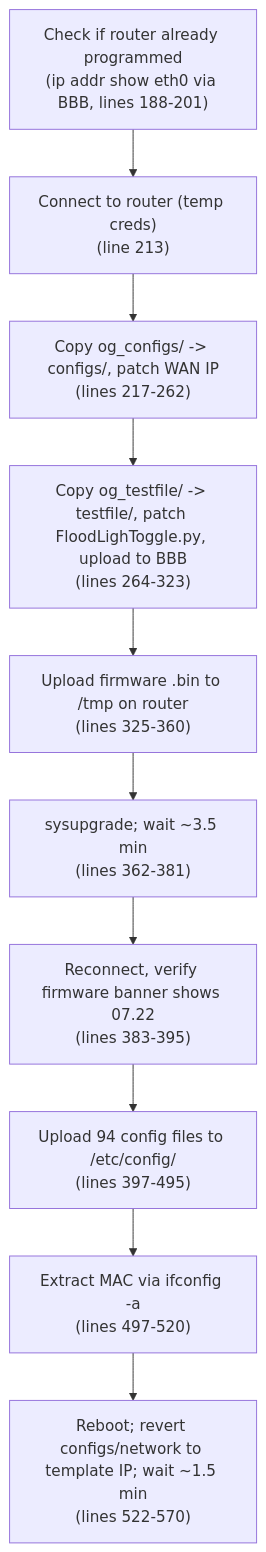
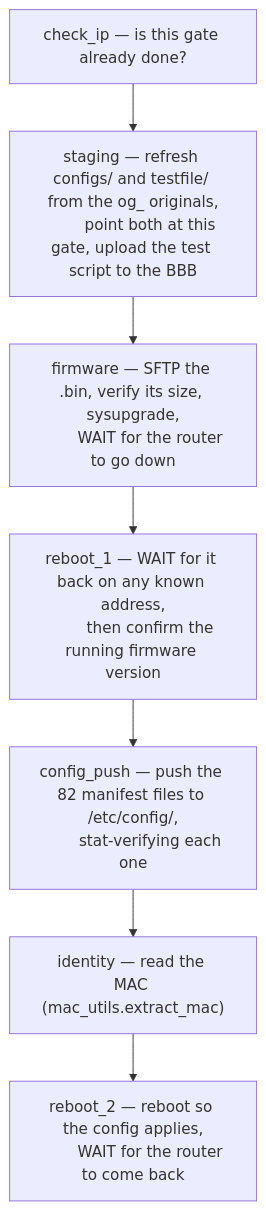
One commit to nlehnhof/ProgrammingWorkstation changed the second of 4 diagrams in devices/TR/documentation/WORKFLOW.md. Above: the diagram before and after it, drawn with Mermaid. The commit also changed other lines of this file and 20 other files, not shown here.

````diff
--- a/devices/TR/documentation/WORKFLOW.md
+++ b/devices/TR/documentation/WORKFLOW.md
@@ -46,13 +52,15 @@
 ```mermaid
 flowchart TD
-    S0["Check if router already programmed\n(ip addr show eth0 via BBB, lines 188-201)"] --> S1
-    S1["Connect to router (temp creds)\n(line 213)"] --> S2
-    S2["Copy og_configs/ -> configs/, patch WAN IP\n(lines 217-262)"] --> S3
-    S3["Copy og_testfile/ -> testfile/, patch FloodLighToggle.py, upload to BBB\n(lines 264-323)"] --> S4
-    S4["Upload firmware .bin to /tmp on router\n(lines 325-360)"] --> S5
-    S5["sysupgrade; wait ~3.5 min\n(lines 362-381)"] --> S6
-    S6["Reconnect, verify firmware banner shows 07.22\n(lines 383-395)"] --> S7
-    S7["Upload 94 config files to /etc/config/\n(lines 397-495)"] --> S8
-    S8["Extract MAC via ifconfig -a\n(lines 497-520)"] --> S9
-    S9["Reboot; revert configs/network to template IP; wait ~1.5 min\n(lines 522-570)"]
+    S0["check_ip — is this gate already done?"] --> S1
+    S1["staging — refresh configs/ and testfile/ from the og_ originals,
+        point both at this gate, upload the test script to the BBB"] --> S2
+    S2["firmware — SFTP the .bin, verify its size, sysupgrade,
+        WAIT for the router to go down"] --> S3
+    S3["reboot_1 — WAIT for it back on any known address,
+        then confirm the running firmware version"] --> S4
+    S4["config_push — push the 82 manifest files to /etc/config/,
+        stat-verifying each one"] --> S5
+    S5["identity — read the MAC (mac_utils.extract_mac)"] --> S6
+    S6["reboot_2 — reboot so the config applies,
+        WAIT for the router to come back"]
 ```
````
